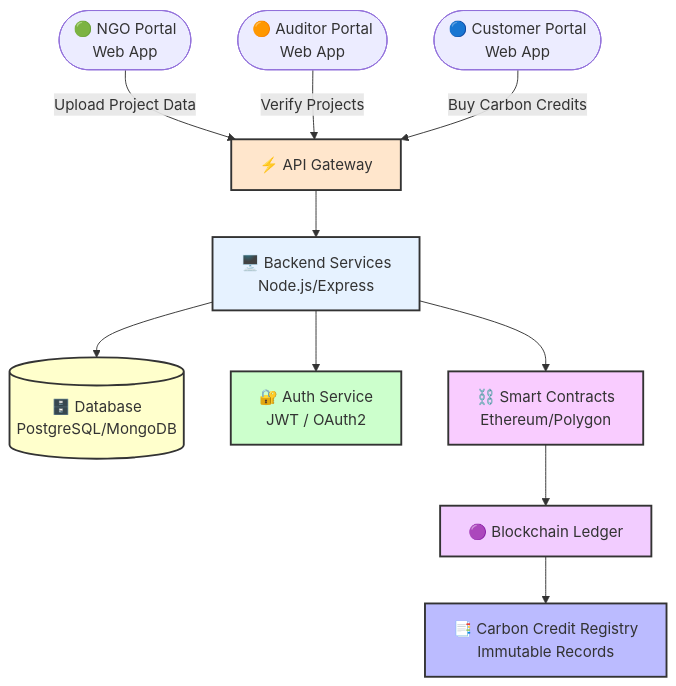
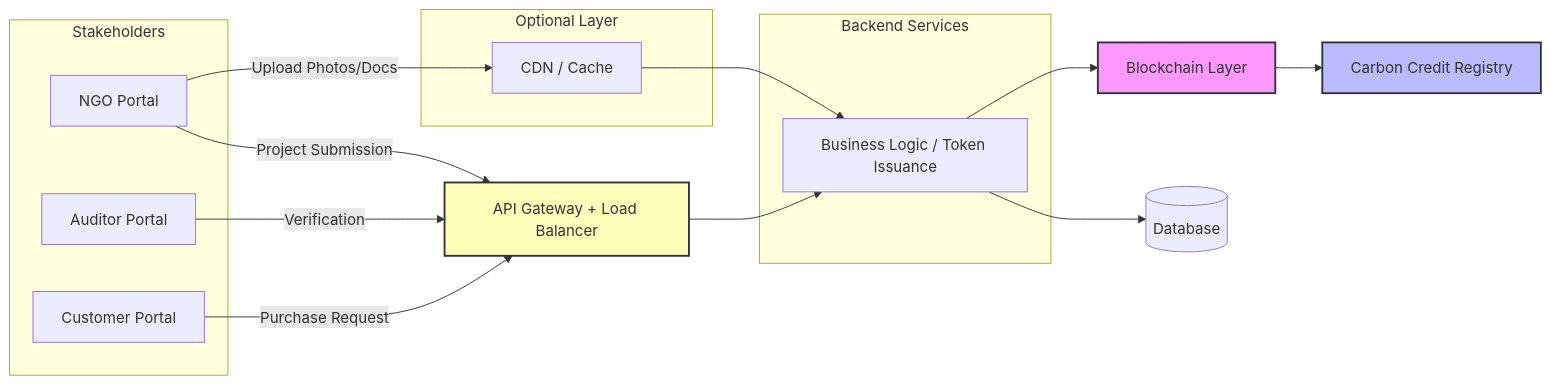
One commit to Himanshu7921/Blue-Carbon-Prototype changed the diagram in README.md. Above: the diagram before and after it, drawn with Mermaid.

`````diff
--- a/README.md
+++ b/README.md
@@ -19,27 +19,34 @@
 ```mermaid
-flowchart TD
-    %% Frontend Layer
-    NGO([🟢 NGO Portal<br/>Web App]) --> |Upload Project Data| API[⚡ API Gateway]
-    Auditor([🟠 Auditor Portal<br/>Web App]) --> |Verify Projects| API
-    Customer([🔵 Customer Portal<br/>Web App]) --> |Buy Carbon Credits| API
+flowchart LR
+    subgraph Users[Stakeholders]
+        NGO[NGO Portal]
+        Auditor[Auditor Portal]
+        Customer[Customer Portal]
+    end
 
-    %% Backend Layer
-    API --> BE[🖥️ Backend Services<br/>Node.js/Express]
-    BE --> DB[(🗄️ Database<br/>PostgreSQL/MongoDB)]
-    BE --> AUTH[🔐 Auth Service<br/>JWT / OAuth2]
+    NGO --> |Project Submission| APIGW[API Gateway + Load Balancer]
+    Auditor --> |Verification| APIGW
+    Customer --> |Purchase Request| APIGW
 
-    %% Blockchain Layer
-    BE --> SC[⛓️ Smart Contracts<br/>Ethereum/Polygon]
-    SC --> BC[🟣 Blockchain Ledger]
-    BC --> REG[📑 Carbon Credit Registry<br/>Immutable Records]
+    subgraph BackendCluster[Backend Services]
+        Service[Business Logic / Token Issuance]
+    end
 
-    %% Styling
-    style API fill:#ffe6cc,stroke:#333,stroke-width:2px
-    style BE fill:#e6f2ff,stroke:#333,stroke-width:2px
-    style DB fill:#ffffcc,stroke:#333,stroke-width:2px
-    style AUTH fill:#ccffcc,stroke:#333,stroke-width:2px
-    style SC fill:#f9ccff,stroke:#333,stroke-width:2px
-    style BC fill:#f2ccff,stroke:#333,stroke-width:2px
-    style REG fill:#bbf,stroke:#333,stroke-width:2px
+    APIGW --> Service
 
+    Service --> DB[(Database)]
+    Service --> Blockchain[Blockchain Layer]
+
+    Blockchain --> Registry[Carbon Credit Registry]
+
+    subgraph Optional[Optional Layer]
+        CDN[CDN / Cache]
+    end
+
+    NGO --> |Upload Photos/Docs| CDN
+    CDN --> Service
+
+    style Blockchain fill:#f9f,stroke:#333,stroke-width:2px
+    style Registry fill:#bbf,stroke:#333,stroke-width:2px
+    style APIGW fill:#ffb,stroke:#333,stroke-width:2px
 ````
`````
